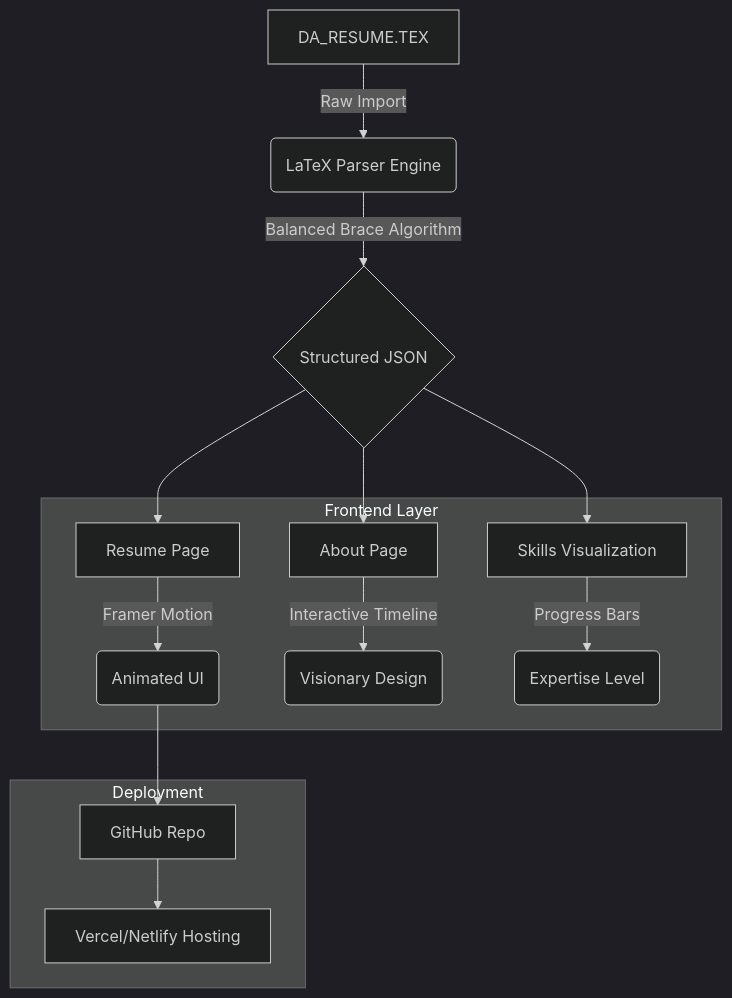
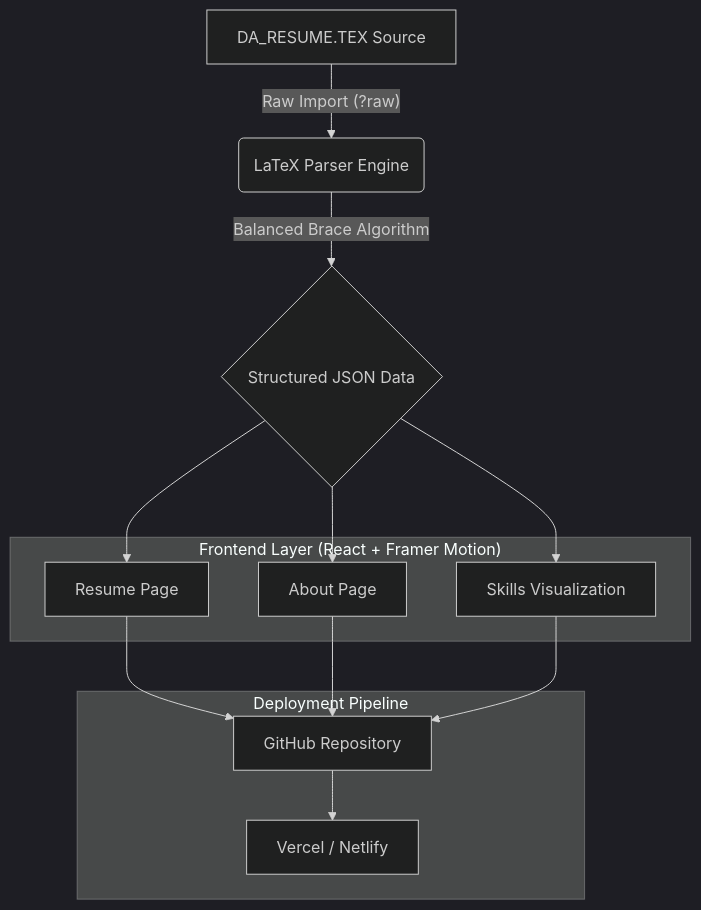
The diagram in README.md (imshivanshutiwari/portfolio), drawn with Mermaid (dark theme) before and after one commit. The commit also changed other lines of this file, not shown here.

Commit message:
Fix Mermaid diagram syntax in README

````diff
--- a/README.md
+++ b/README.md
@@ -11,19 +9,20 @@
 ```mermaid
 graph TD
-    A[DA_RESUME.TEX] -->|Raw Import| B(LaTeX Parser Engine)
-    B -->|Balanced Brace Algorithm| C{Structured JSON}
-    C --> D[Resume Page]
-    C --> E[About Page]
-    C --> F[Skills Visualization]
+    A["DA_RESUME.TEX Source"] -->|"Raw Import (?raw)"| B("LaTeX Parser Engine")
+    B -->|"Balanced Brace Algorithm"| C{"Structured JSON Data"}
+    C --> D["Resume Page"]
+    C --> E["About Page"]
+    C --> F["Skills Visualization"]
     
-    subgraph "Frontend Layer"
-    D -->|Framer Motion| G(Animated UI)
-    E -->|Interactive Timeline| H(Visionary Design)
-    F -->|Progress Bars| I(Expertise Level)
+    subgraph "Frontend Layer (React + Framer Motion)"
+        D
+        E
+        F
     end
     
-    subgraph "Deployment"
-    G --> J[GitHub Repo]
-    J --> K[Vercel/Netlify Hosting]
+    subgraph "Deployment Pipeline"
+        G["GitHub Repository"] --> H["Vercel / Netlify"]
     end
+    
+    D & E & F --> G
 ```
````
